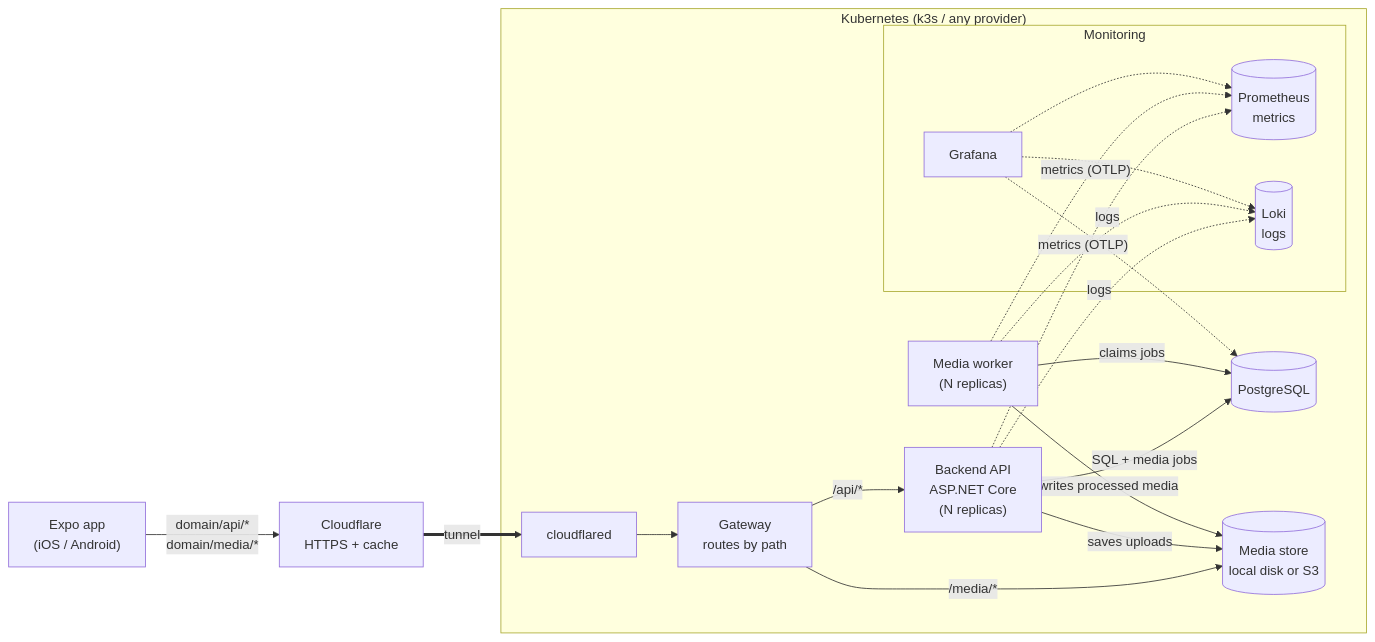
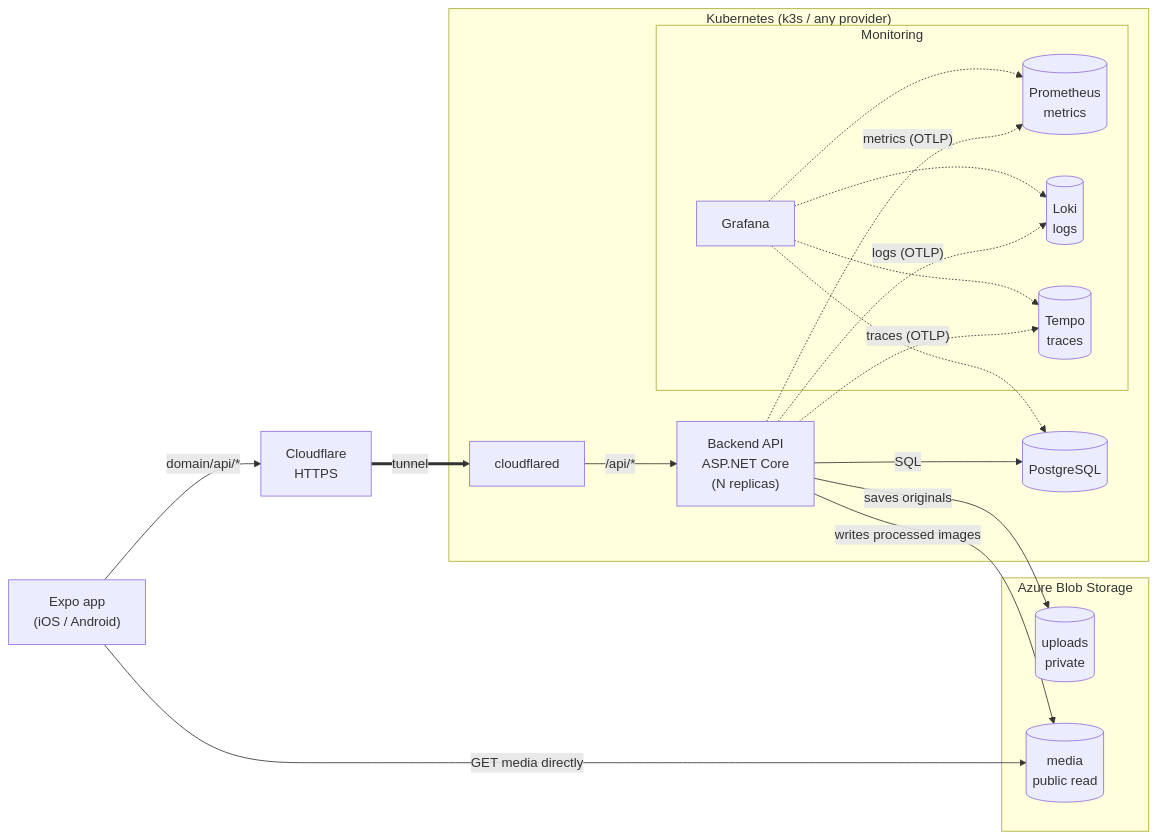
The first of 2 diagrams in ServiceDiagram.md (Aarhus-tech-project/2026q4-h5-projektstyring-og-app-programmering-group-2), drawn with Mermaid before and after one commit. The commit also changed other lines of this file and 4 other files, not shown here.

````diff
--- a/ServiceDiagram.md
+++ b/ServiceDiagram.md
@@ -3,42 +3,43 @@
 ```mermaid
 flowchart LR
     app["Expo app<br/>(iOS / Android)"]
-    cf["Cloudflare<br/>HTTPS + cache"]
+    cf["Cloudflare<br/>HTTPS"]
+
+    subgraph azure["Azure Blob Storage"]
+        uploads[("uploads<br/>private")]
+        media[("media<br/>public read")]
+    end
 
     subgraph k8s["Kubernetes (k3s / any provider)"]
         tunnel["cloudflared"]
-        gw["Gateway<br/>routes by path"]
 
         backend["Backend API<br/>ASP.NET Core<br/>(N replicas)"]
-        worker["Media worker<br/>(N replicas)"]
 
         db[("PostgreSQL")]
-        store[("Media store<br/>local disk or S3")]
 
         subgraph obs["Monitoring"]
             prom[("Prometheus<br/>metrics")]
             loki[("Loki<br/>logs")]
+            tempo[("Tempo<br/>traces")]
             grafana["Grafana"]
         end
     end
 
-    app -- "domain/api/*<br/>domain/media/*" --> cf
+    app -- "domain/api/*" --> cf
     cf == "tunnel" ==> tunnel
-    tunnel --> gw
+    tunnel -- "/api/*" --> backend
 
-    gw -- "/api/*" --> backend
-    gw -- "/media/*" --> store
+    app -- "GET media directly" --> media
 
-    backend -- "SQL + media jobs" --> db
-    worker -- "claims jobs" --> db
-    backend -- "saves uploads" --> store
-    worker -- "writes processed media" --> store
+    backend -- "SQL" --> db
+    backend -- "saves originals" --> uploads
+    backend -- "writes processed images" --> media
 
-    backend -. "logs" .-> loki
-    worker -. "logs" .-> loki
+    backend -. "logs (OTLP)" .-> loki
     backend -. "metrics (OTLP)" .-> prom
-    worker -. "metrics (OTLP)" .-> prom
+    backend -. "traces (OTLP)" .-> tempo
     grafana -.-> prom
     grafana -.-> loki
+    grafana -.-> tempo
     grafana -.-> db
 ```
````
